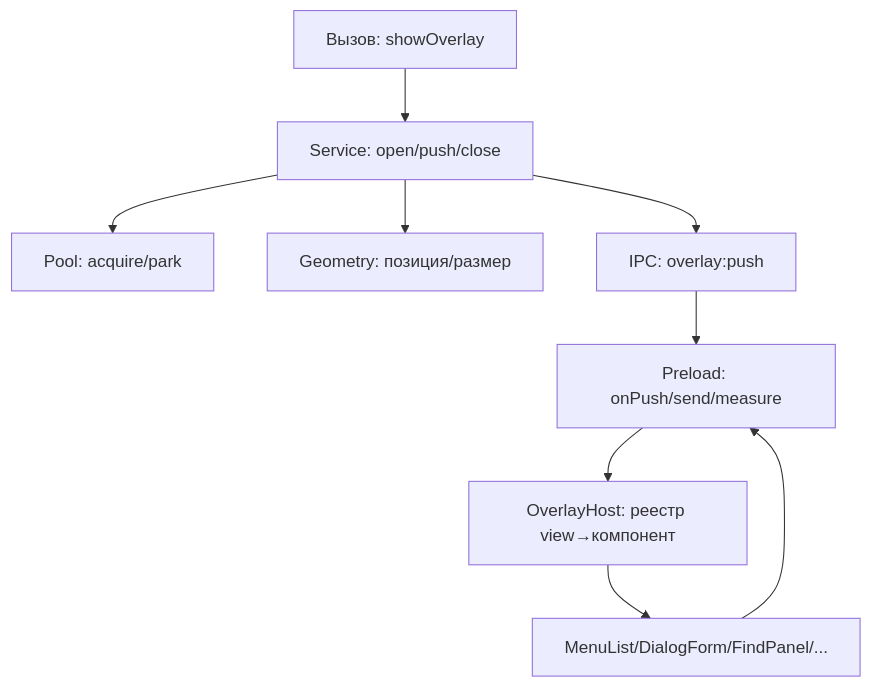
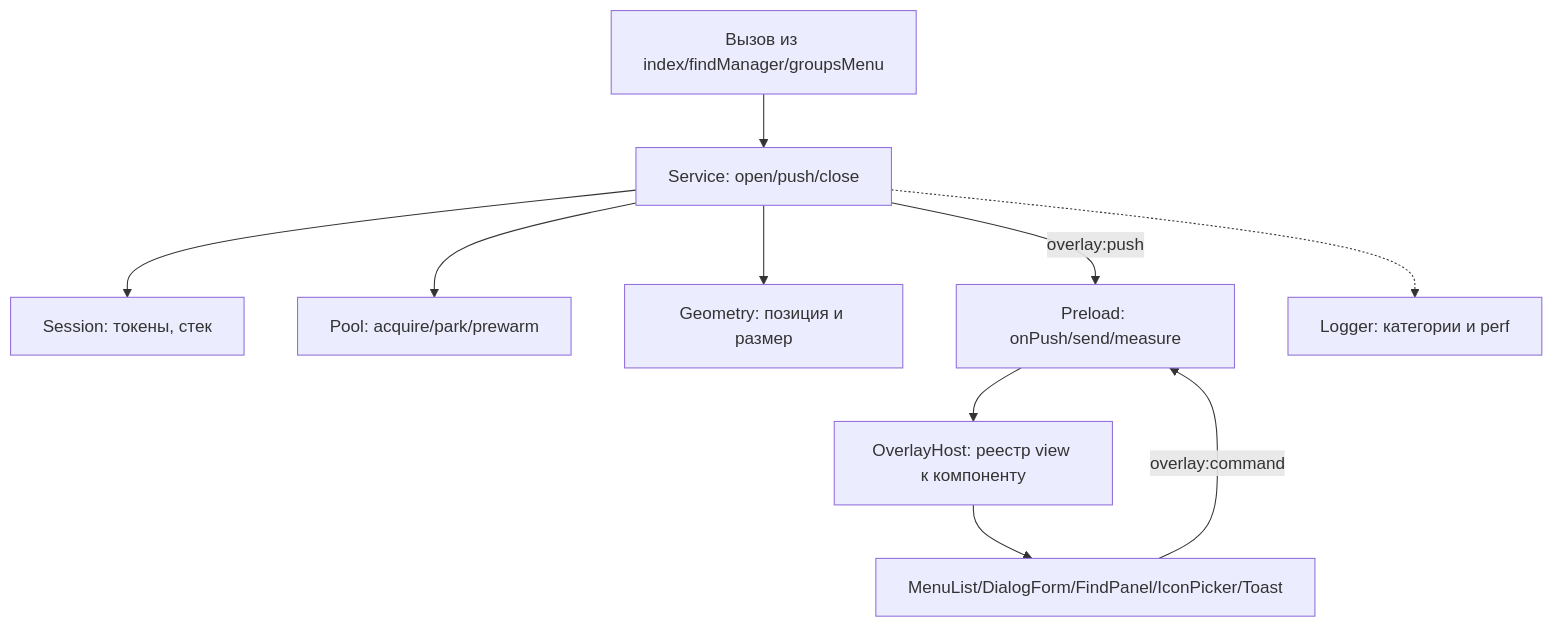
One commit to trb1mkr/konstruktor changed the first of 3 diagrams in src/main/docs/OVERLAY_PLAN.md. Above: the diagram before and after it, drawn with Mermaid. The commit also changed other lines of this file and 14 other files, not shown here.

````diff
--- a/src/main/docs/OVERLAY_PLAN.md
+++ b/src/main/docs/OVERLAY_PLAN.md
@@ -30,11 +51,12 @@
 ```mermaid
 flowchart TB
-  Caller[Вызов: showOverlay] --> Service[Service: open/push/close]
-  Service --> Pool[Pool: acquire/park]
-  Service --> Geo[Geometry: позиция/размер]
-  Service --> IPC[IPC: overlay:push]
-  IPC --> Bridge[Preload: onPush/send/measure]
-  Bridge --> Host[OverlayHost: реестр view→компонент]
-  Host --> Comp[MenuList/DialogForm/FindPanel/...]
-  Comp --> Bridge
+  Caller[Вызов из index/findManager/groupsMenu] --> Service[Service: open/push/close]
+  Service --> Session[Session: токены, стек]
+  Service --> Pool[Pool: acquire/park/prewarm]
+  Service --> Geo[Geometry: позиция и размер]
+  Service -->|overlay:push| Bridge[Preload: onPush/send/measure]
+  Bridge --> Host[OverlayHost: реестр view к компоненту]
+  Host --> Comp[MenuList/DialogForm/FindPanel/IconPicker/Toast]
+  Comp -->|overlay:command| Bridge
+  Service -.-> Logger[Logger: категории и perf]
 ```
````
